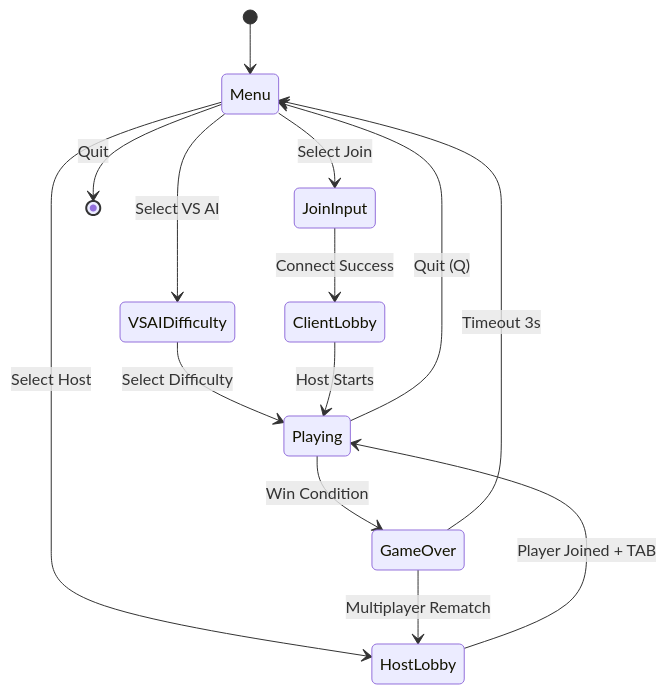
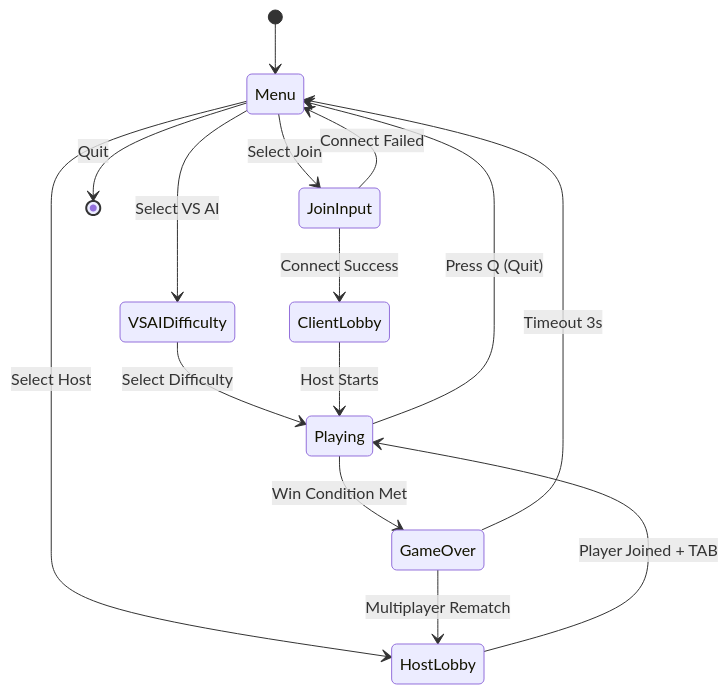
Before and after one commit to ditverse/ascii-game-python: the fourth of 4 diagrams in docs/DOKUMEN_DESAIN.md, drawn with Mermaid. The commit also changed other lines of this file and 2 other files, not shown here.

````diff
--- a/docs/DOKUMEN_DESAIN.md
+++ b/docs/DOKUMEN_DESAIN.md
@@ -223,20 +302,21 @@
 ```mermaid
 stateDiagram-v2
     [*] --> Menu
     
     Menu --> VSAIDifficulty: Select VS AI
     Menu --> HostLobby: Select Host
     Menu --> JoinInput: Select Join
     Menu --> [*]: Quit
     
     VSAIDifficulty --> Playing: Select Difficulty
     HostLobby --> Playing: Player Joined + TAB
     JoinInput --> ClientLobby: Connect Success
+    JoinInput --> Menu: Connect Failed
     ClientLobby --> Playing: Host Starts
     
-    Playing --> GameOver: Win Condition
-    Playing --> Menu: Quit (Q)
+    Playing --> GameOver: Win Condition Met
+    Playing --> Menu: Press Q (Quit)
     
     GameOver --> Menu: Timeout 3s
     GameOver --> HostLobby: Multiplayer Rematch
 ```
````
